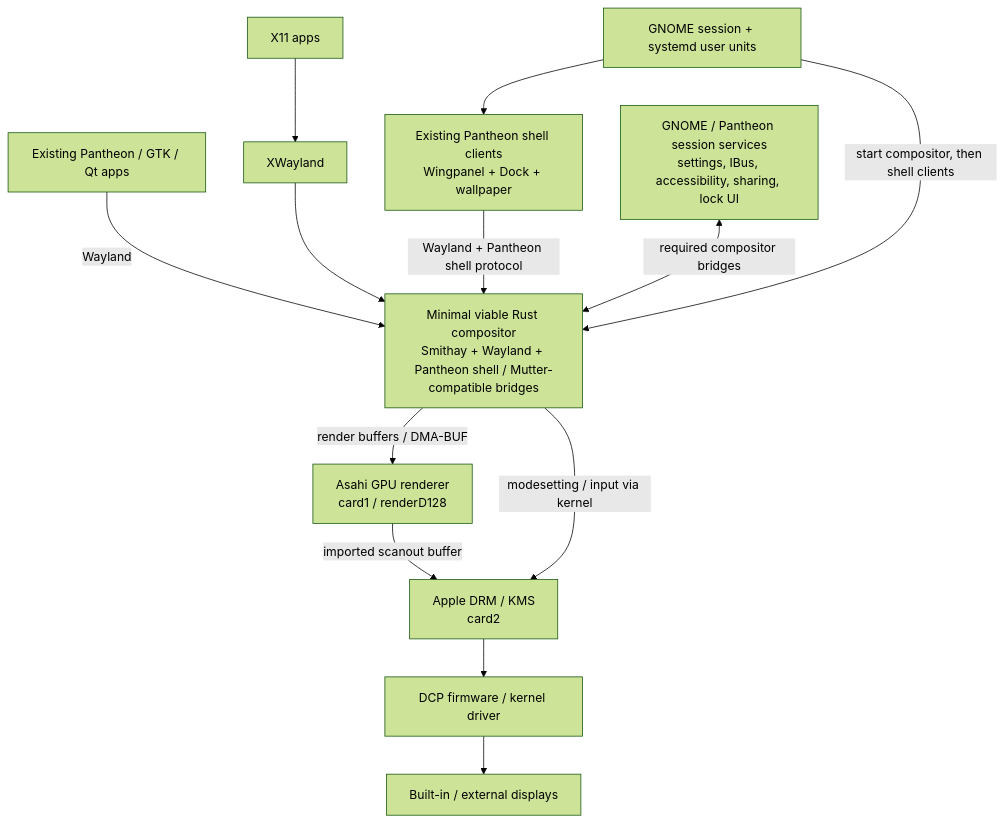
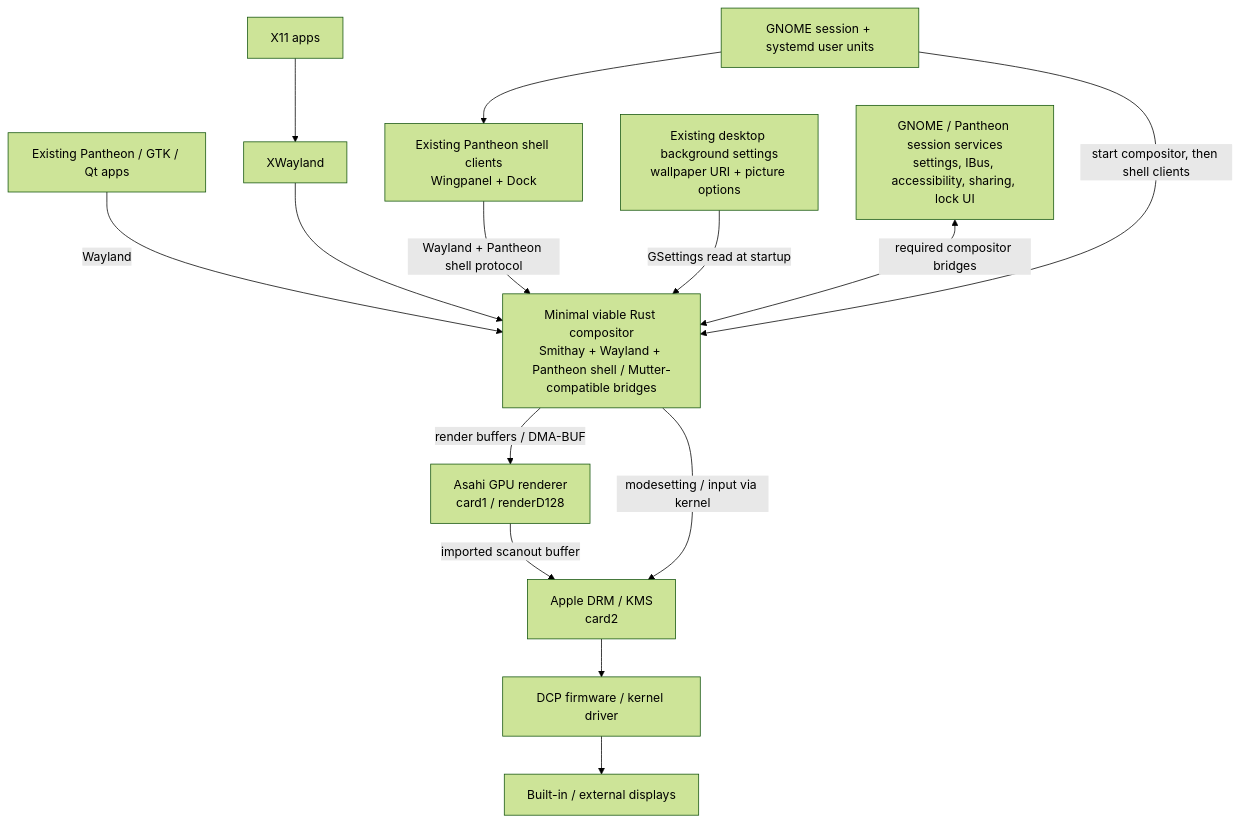
One commit to techmore/ElementaryOS_MSeries changed the third of 3 diagrams in mseries/pantheon-rust-compositor/ARCHITECTURE-AND-STATUS.md. Above: the diagram before and after it, drawn with Mermaid (forest theme). The commit also changed other lines of this file and 12 other files, not shown here.

Commit message:
Render configured desktop wallpaper in Rust session

````diff
--- a/mseries/pantheon-rust-compositor/ARCHITECTURE-AND-STATUS.md
+++ b/mseries/pantheon-rust-compositor/ARCHITECTURE-AND-STATUS.md
@@ -85,25 +85,27 @@
 ```mermaid
 flowchart TD
   Apps[Existing Pantheon / GTK / Qt apps]
   XApps[X11 apps]
-  Shell[Existing Pantheon shell clients\nWingpanel + Dock + wallpaper]
+  Shell[Existing Pantheon shell clients\nWingpanel + Dock]
+  Settings[Existing desktop background settings\nwallpaper URI + picture options]
   Services[GNOME / Pantheon session services\nsettings, IBus, accessibility, sharing, lock UI]
   Xwayland[XWayland]
   Session[GNOME session + systemd user units]
   Rust[Minimal viable Rust compositor\nSmithay + Wayland + Pantheon shell / Mutter-compatible bridges]
   Render[Asahi GPU renderer\ncard1 / renderD128]
   Scanout[Apple DRM / KMS\ncard2]
   DCP[DCP firmware / kernel driver]
   Displays[Built-in / external displays]
 
   Apps -->|Wayland| Rust
   XApps --> Xwayland --> Rust
   Shell -->|Wayland + Pantheon shell protocol| Rust
+  Settings -->|GSettings read at startup| Rust
   Services <-->|required compositor bridges| Rust
   Session -->|start compositor, then shell clients| Rust
   Session --> Shell
   Rust -->|render buffers / DMA-BUF| Render
   Render -->|imported scanout buffer| Scanout
   Rust -->|modesetting / input via kernel| Scanout
   Scanout --> DCP --> Displays
 ```
````
